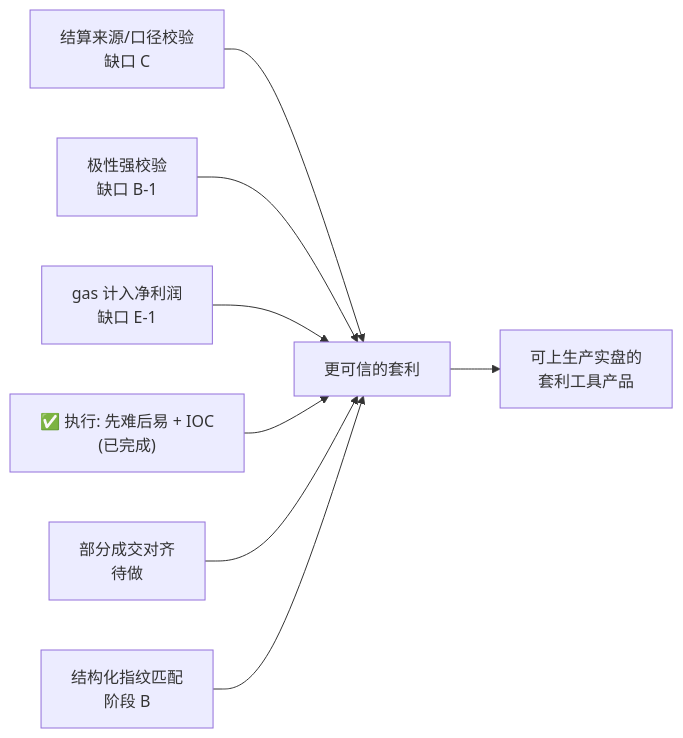
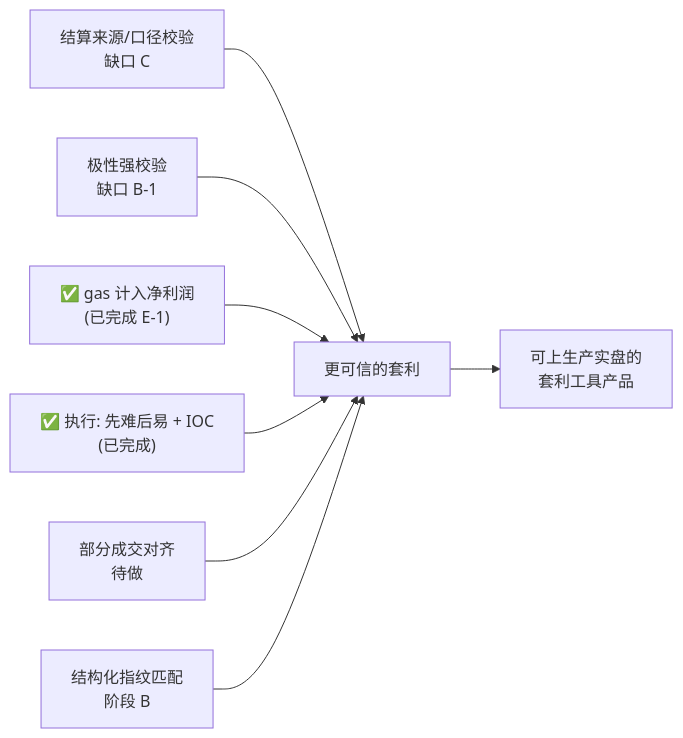
Before and after one commit to survivorff/predict_arbitrage: the fourth of 4 diagrams in docs/14-套利理论与影响因素.md, drawn with Mermaid. The commit also changed other lines of this file and 11 other files, not shown here.

````diff
--- a/docs/14-套利理论与影响因素.md
+++ b/docs/14-套利理论与影响因素.md
@@ -355,10 +360,10 @@
 ```mermaid
 flowchart LR
     N1[结算来源/口径校验<br/>缺口 C] --> Now[更可信的套利]
     N2[极性强校验<br/>缺口 B-1] --> Now
-    N3[gas 计入净利润<br/>缺口 E-1] --> Now
+    N3["✅ gas 计入净利润<br/>(已完成 E-1)"] --> Now
     N4["✅ 执行: 先难后易 + IOC<br/>(已完成)"] --> Now
     N4b[部分成交对齐<br/>待做] --> Now
     N5[结构化指纹匹配<br/>阶段 B] --> Now
     Now --> Goal[可上生产实盘的<br/>套利工具产品]
 ```
````
